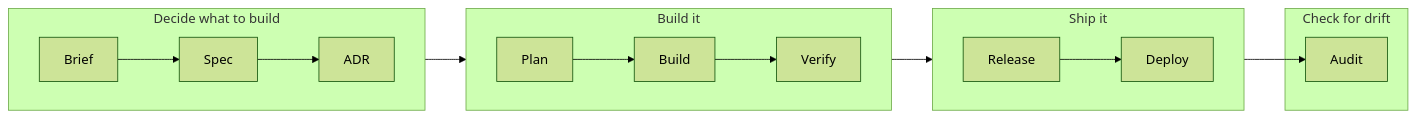
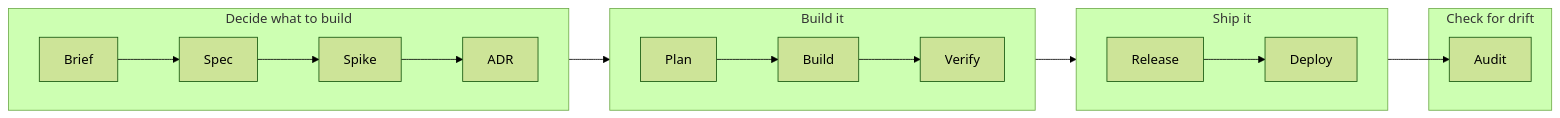
One commit to michaelmarconi/agentic-engineering changed the first of 7 diagrams in docs/lifecycle.md. Above: the diagram before and after it, drawn with Mermaid (forest theme). The commit also changed other lines of this file, not shown here.

Commit message:
Lifecycle draft: spike in the overview's line

````diff
--- a/docs/lifecycle.md
+++ b/docs/lifecycle.md
@@ -11,21 +11,21 @@
 ```mermaid
 flowchart LR
     subgraph Decide[Decide what to build]
         direction LR
-        Brief --> Spec --> ADR
+        Brief --> Spec --> Spike --> ADR
     end
     subgraph Make[Build it]
         direction LR
         Plan --> Build --> Verify
     end
     subgraph Ship[Ship it]
         direction LR
         Release --> Deploy
     end
     subgraph Drift[Check for drift]
         Audit
     end
     ADR --> Plan
     Verify --> Release
     Deploy --> Audit
 ```
````
